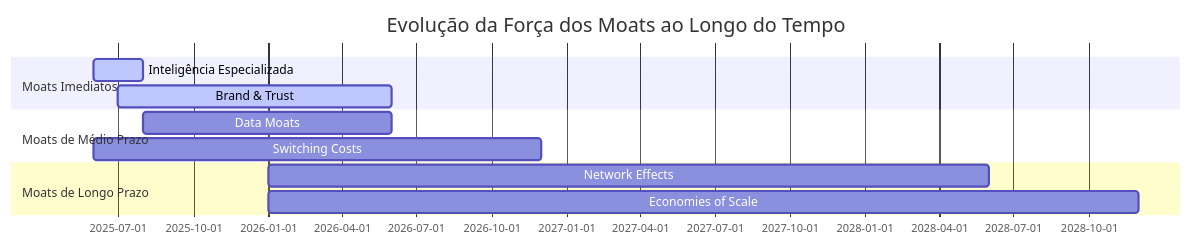
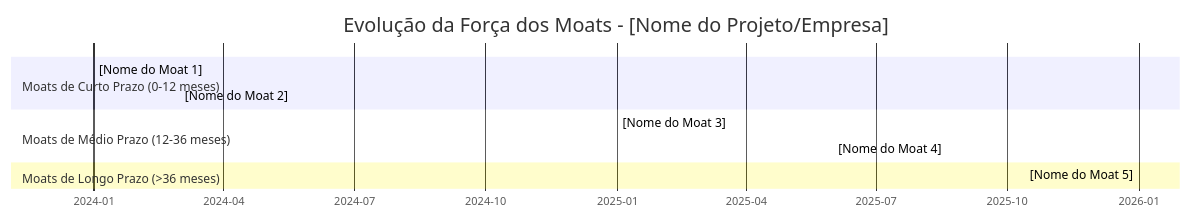
Before and after one commit to brunosrosa/codex-prime-framework: the diagram in .codex/00_Empresa_Company/pt-br/02_ANALISE_DE_MERCADO/02_VANTAGENS_COMPETITIVAS_SUSTENTAVEIS.md, drawn with Mermaid. The commit also changed other lines of this file and 25 other files, not shown here.

````diff
--- a/.codex/00_Empresa_Company/pt-br/02_ANALISE_DE_MERCADO/02_VANTAGENS_COMPETITIVAS_SUSTENTAVEIS.md
+++ b/.codex/00_Empresa_Company/pt-br/02_ANALISE_DE_MERCADO/02_VANTAGENS_COMPETITIVAS_SUSTENTAVEIS.md
@@ -27,14 +32,17 @@
 ```mermaid
 gantt
-    title Evolução da Força dos Moats ao Longo do Tempo
+    title Evolução da Força dos Moats - [Nome do Projeto/Empresa]
     dateFormat  YYYY-MM
-    section Moats Imediatos
-    Inteligência Especializada    :active, immediate1, 2025-06, 2025-08
-Brand & Trust                 :active, immediate2, 2025-07, 2026-06
-    section Moats de Médio Prazo
-    Data Moats                    :medium1, 2025-08, 2026-06
-    Switching Costs               :medium2, 2025-06, 2026-12
-    section Moats de Longo Prazo
-    Network Effects               :longterm1, 2026-01, 2028-06
-    Economies of Scale            :longterm2, 2026-01, 2028-12
+    axisFormat %Y-%m
+
+    section Moats de Curto Prazo (0-12 meses)
+    [Nome do Moat 1] :active, m1, 2024-01, 12m
+    [Nome do Moat 2] :         m2, 2024-03, 18m
+
+    section Moats de Médio Prazo (12-36 meses)
+    [Nome do Moat 3] :         m3, 2025-01, 24m
+    [Nome do Moat 4] :         m4, 2025-06, 36m
+
+    section Moats de Longo Prazo (>36 meses)
+    [Nome do Moat 5] :         m5, 2026-01, 48m
 ```
````
